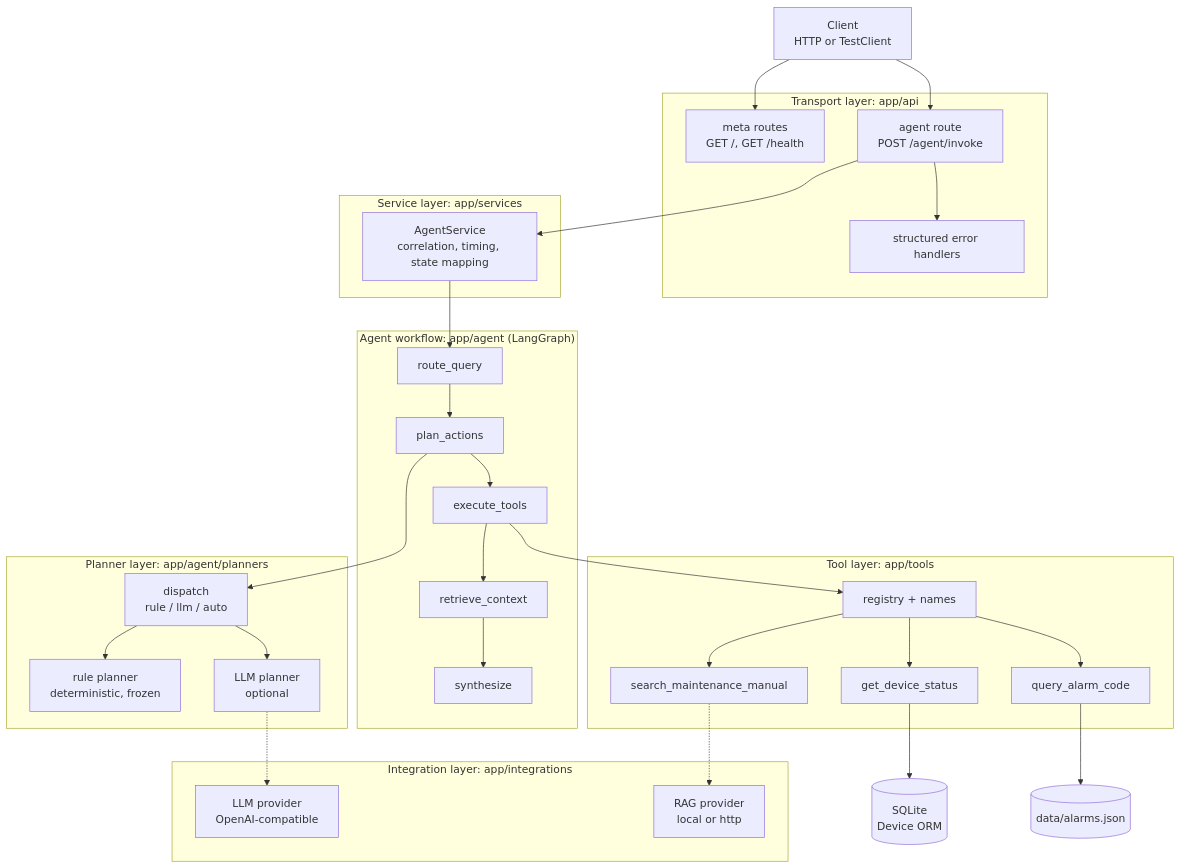
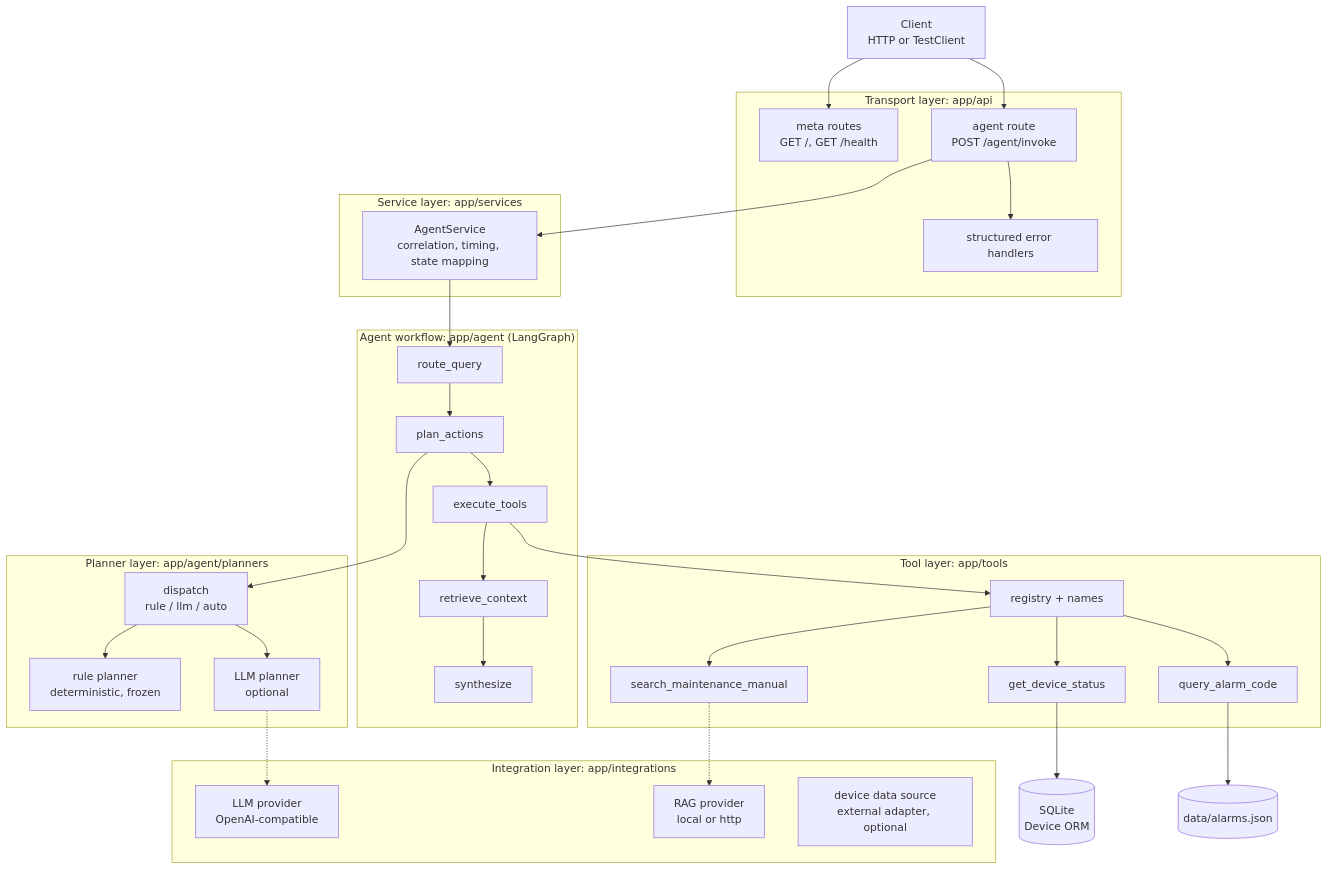
The first of 5 diagrams in docs/architecture.md (ten10do/ten10do-industrial-maintenance-agent), drawn with Mermaid before and after one commit. The commit also changed other lines of this file and 30 other files, not shown here.

````diff
--- a/docs/architecture.md
+++ b/docs/architecture.md
@@ -26,64 +26,65 @@
 ```mermaid
 flowchart TB
     Client["Client<br/>HTTP or TestClient"]
 
     subgraph Transport["Transport layer: app/api"]
         MetaRoutes["meta routes<br/>GET /, GET /health"]
         AgentRoute["agent route<br/>POST /agent/invoke"]
         Errors["structured error handlers"]
     end
 
     subgraph Service["Service layer: app/services"]
         AgentService["AgentService<br/>correlation, timing, state mapping"]
     end
 
     subgraph Workflow["Agent workflow: app/agent (LangGraph)"]
         RouteQuery["route_query"]
         PlanActions["plan_actions"]
         ExecuteTools["execute_tools"]
         RetrieveContext["retrieve_context"]
         Synthesize["synthesize"]
     end
 
     subgraph Planner["Planner layer: app/agent/planners"]
         Dispatch["dispatch<br/>rule / llm / auto"]
         RulePlanner["rule planner<br/>deterministic, frozen"]
         LLMPlanner["LLM planner<br/>optional"]
     end
 
     subgraph Tools["Tool layer: app/tools"]
         Registry["registry + names"]
         DeviceTool["get_device_status"]
         AlarmTool["query_alarm_code"]
         ManualTool["search_maintenance_manual"]
     end
 
     subgraph Integrations["Integration layer: app/integrations"]
         LLMProvider["LLM provider<br/>OpenAI-compatible"]
         RAGProvider["RAG provider<br/>local or http"]
+        DeviceSource["device data source<br/>external adapter, optional"]
     end
 
     DB[("SQLite<br/>Device ORM")]
     AlarmData[("data/alarms.json")]
 
     Client --> MetaRoutes
     Client --> AgentRoute
     AgentRoute --> Errors
     AgentRoute --> AgentService
     AgentService --> RouteQuery
     RouteQuery --> PlanActions
     PlanActions --> Dispatch
     Dispatch --> RulePlanner
     Dispatch --> LLMPlanner
     LLMPlanner -.-> LLMProvider
     PlanActions --> ExecuteTools
     ExecuteTools --> Registry
     Registry --> DeviceTool
     Registry --> AlarmTool
     Registry --> ManualTool
     DeviceTool --> DB
     AlarmTool --> AlarmData
     ManualTool -.-> RAGProvider
     ExecuteTools --> RetrieveContext
     RetrieveContext --> Synthesize
 ```
````
